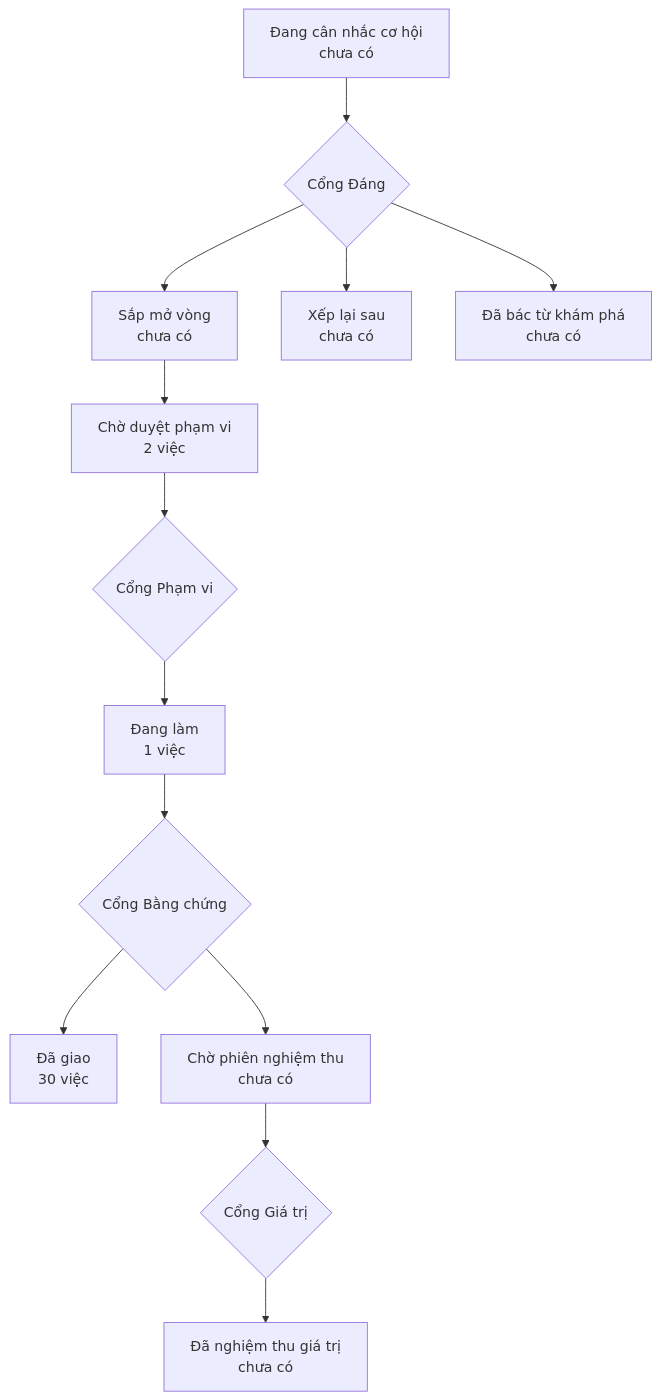
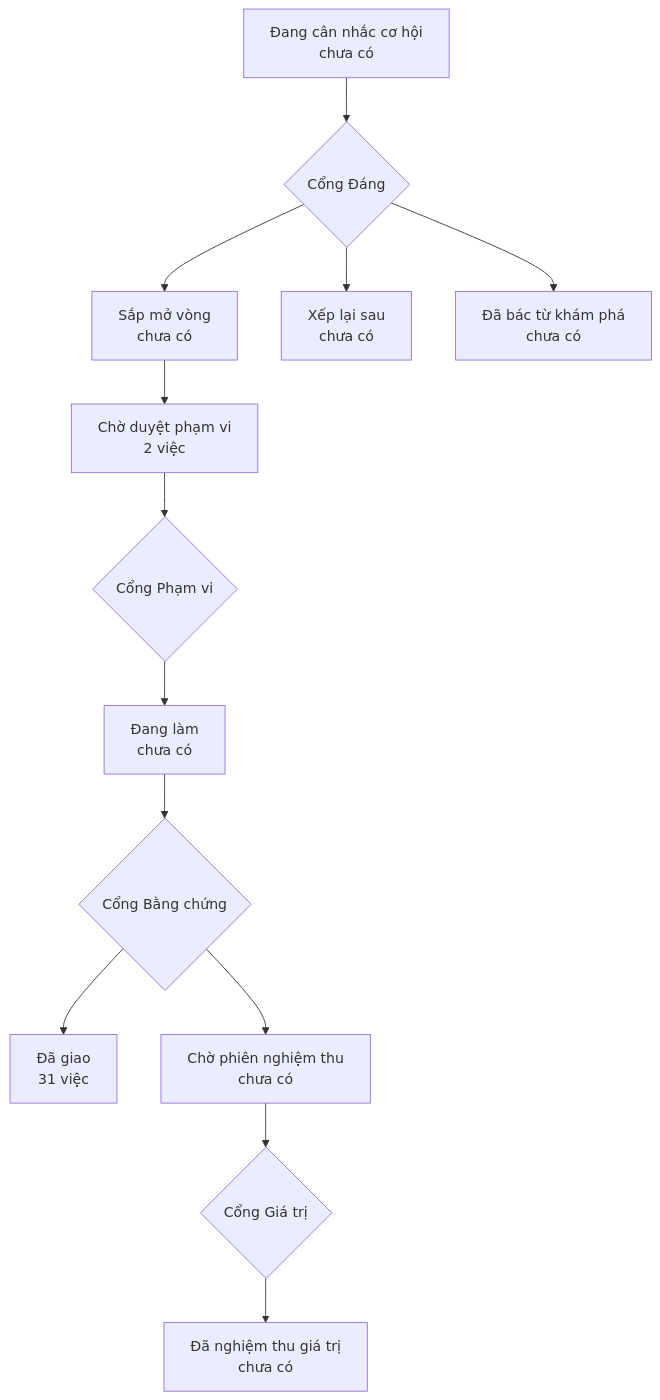
Before and after one commit to phanlemanh/acceptance-gate-kit: the diagram in PRODUCT-MAP.md, drawn with Mermaid. The commit also changed other lines of this file and 2 other files, not shown here.

Commit message:
Gate 2 signoff: consumer-copy-cjs — Phan Le Manh

````diff
--- a/PRODUCT-MAP.md
+++ b/PRODUCT-MAP.md
@@ -6,12 +6,12 @@
 ```mermaid
 flowchart TD
   A["Đang cân nhắc cơ hội<br/>chưa có"] --> GD{"Cổng Đáng"}
   GD --> B["Sắp mở vòng<br/>chưa có"]
   GD --> XL["Xếp lại sau<br/>chưa có"]
   GD --> DB["Đã bác từ khám phá<br/>chưa có"]
   B --> CD["Chờ duyệt phạm vi<br/>2 việc"] --> GP{"Cổng Phạm vi"}
-  GP --> DL["Đang làm<br/>1 việc"] --> GB{"Cổng Bằng chứng"}
-  GB --> DG["Đã giao<br/>30 việc"]
+  GP --> DL["Đang làm<br/>chưa có"] --> GB{"Cổng Bằng chứng"}
+  GB --> DG["Đã giao<br/>31 việc"]
   GB --> CN["Chờ phiên nghiệm thu<br/>chưa có"] --> GG{"Cổng Giá trị"}
   GG --> NT["Đã nghiệm thu giá trị<br/>chưa có"]
 ```
````
